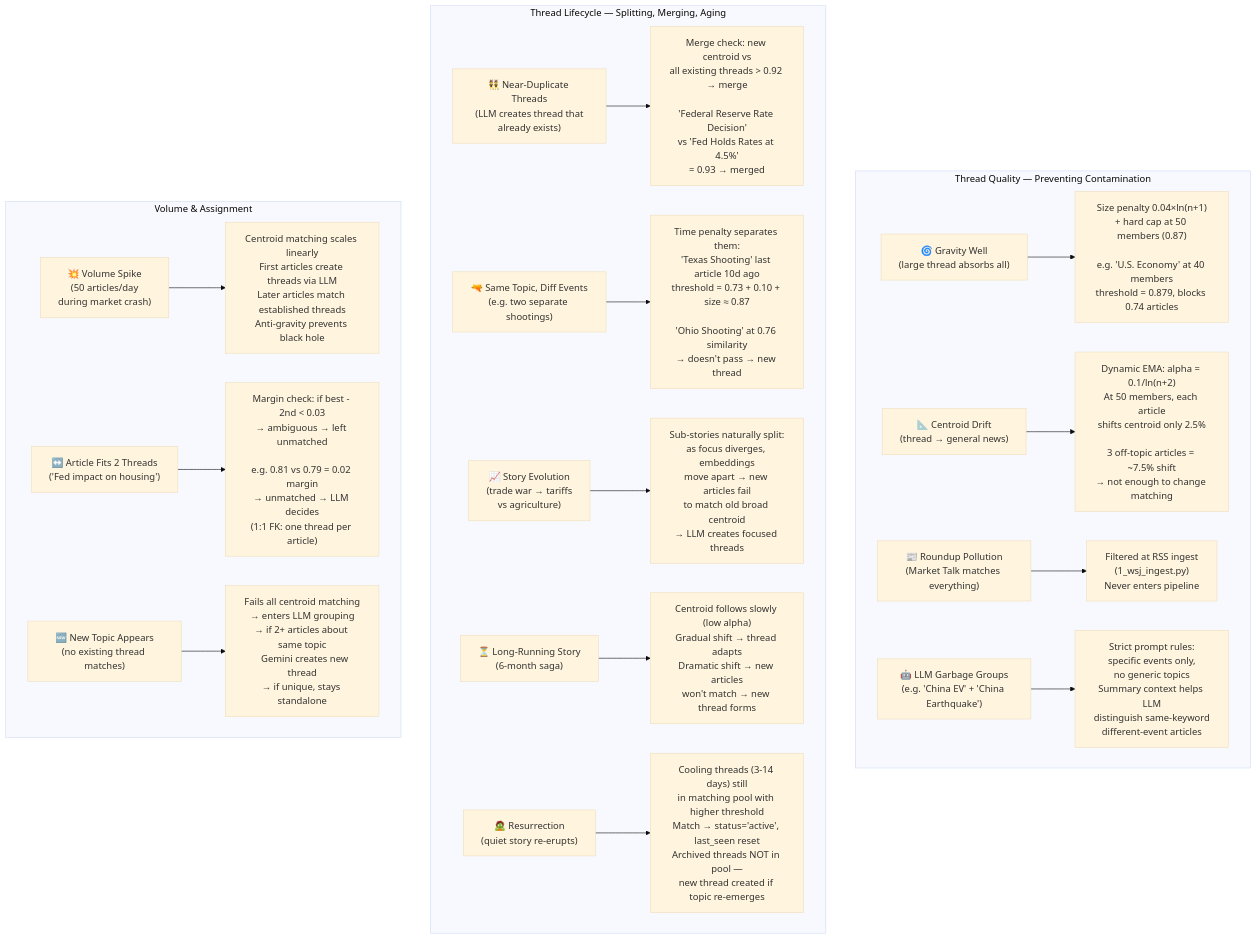
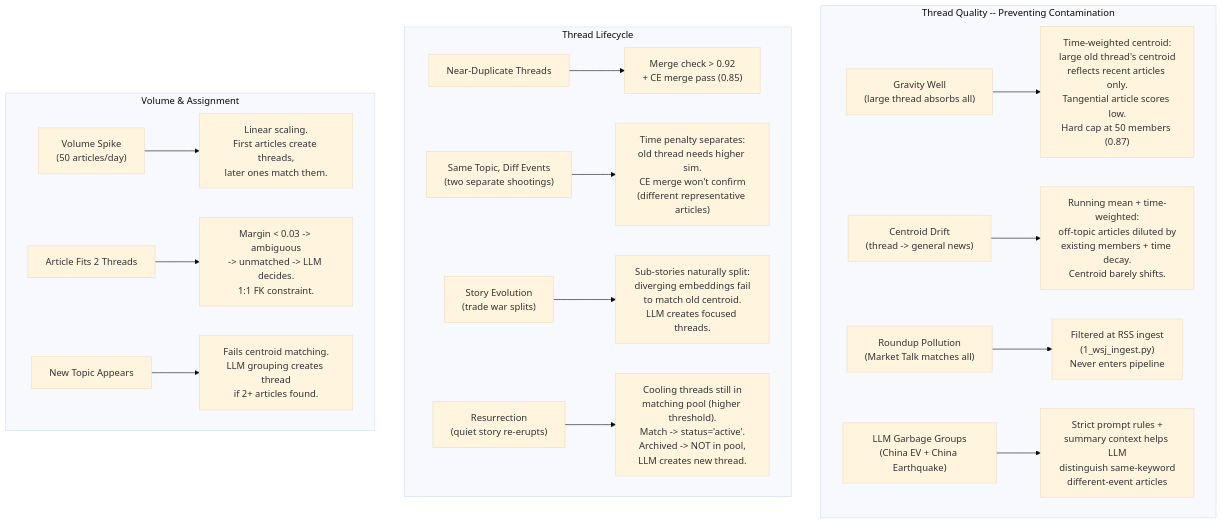
One commit to choym92/araverus changed the eighth of 10 diagrams in docs/1.2-news-threading-visual.md. Above: the diagram before and after it, drawn with Mermaid (base theme). The commit also changed other lines of this file and 40 other files, not shown here.

````diff
--- a/docs/1.2-news-threading-visual.md
+++ b/docs/1.2-news-threading-visual.md
@@ -211,47 +267,44 @@
 ```mermaid
 flowchart TD
-    subgraph QUALITY ["Thread Quality — Preventing Contamination"]
+    subgraph QUALITY ["Thread Quality -- Preventing Contamination"]
         direction LR
-        EC1["🌀 Gravity Well<br/>(large thread absorbs all)"]
-        EC1 --> S1["Size penalty 0.04×ln(n+1)<br/>+ hard cap at 50 members (0.87)<br/><br/>e.g. 'U.S. Economy' at 40 members<br/>threshold = 0.879, blocks 0.74 articles"]
+        EC1["Gravity Well<br/>(large thread absorbs all)"]
+        EC1 --> S1["Time-weighted centroid:<br/>large old thread's centroid<br/>reflects recent articles only.<br/>Tangential article scores low.<br/>Hard cap at 50 members (0.87)"]
 
-        EC2["📐 Centroid Drift<br/>(thread → general news)"]
-        EC2 --> S2["Dynamic EMA: alpha = 0.1/ln(n+2)<br/>At 50 members, each article<br/>shifts centroid only 2.5%<br/><br/>3 off-topic articles = ~7.5% shift<br/>→ not enough to change matching"]
+        EC2["Centroid Drift<br/>(thread -> general news)"]
+        EC2 --> S2["Running mean + time-weighted:<br/>off-topic articles diluted by<br/>existing members + time decay.<br/>Centroid barely shifts."]
 
-        EC3["📰 Roundup Pollution<br/>(Market Talk matches everything)"]
+        EC3["Roundup Pollution<br/>(Market Talk matches all)"]
         EC3 --> S3["Filtered at RSS ingest<br/>(1_wsj_ingest.py)<br/>Never enters pipeline"]
 
-        EC4["🤖 LLM Garbage Groups<br/>(e.g. 'China EV' + 'China Earthquake')"]
-        EC4 --> S4["Strict prompt rules:<br/>specific events only,<br/>no generic topics<br/>Summary context helps LLM<br/>distinguish same-keyword<br/>different-event articles"]
+        EC4["LLM Garbage Groups<br/>(China EV + China Earthquake)"]
+        EC4 --> S4["Strict prompt rules +<br/>summary context helps LLM<br/>distinguish same-keyword<br/>different-event articles"]
     end
 
-    subgraph LIFECYCLE ["Thread Lifecycle — Splitting, Merging, Aging"]
+    subgraph LIFECYCLE ["Thread Lifecycle"]
         direction LR
-        EC5["👯 Near-Duplicate Threads<br/>(LLM creates thread that<br/>already exists)"]
-        EC5 --> S5["Merge check: new centroid vs<br/>all existing threads > 0.92 → merge<br/><br/>'Federal Reserve Rate Decision'<br/>vs 'Fed Holds Rates at 4.5%'<br/>= 0.93 → merged"]
+        EC5["Near-Duplicate Threads"]
+        EC5 --> S5["Merge check > 0.92<br/>+ CE merge pass (0.85)"]
 
-        EC6["🔫 Same Topic, Diff Events<br/>(e.g. two separate shootings)"]
-        EC6 --> S6["Time penalty separates them:<br/>'Texas Shooting' last article 10d ago<br/>threshold = 0.73 + 0.10 + size ≈ 0.87<br/><br/>'Ohio Shooting' at 0.76 similarity<br/>→ doesn't pass → new thread"]
+        EC6["Same Topic, Diff Events<br/>(two separate shootings)"]
+        EC6 --> S6["Time penalty separates:<br/>old thread needs higher sim.<br/>CE merge won't confirm<br/>(different representative articles)"]
 
-        EC7["📈 Story Evolution<br/>(trade war → tariffs<br/>vs agriculture)"]
-        EC7 --> S7["Sub-stories naturally split:<br/>as focus diverges, embeddings<br/>move apart → new articles fail<br/>to match old broad centroid<br/>→ LLM creates focused threads"]
+        EC7["Story Evolution<br/>(trade war splits)"]
+        EC7 --> S7["Sub-stories naturally split:<br/>diverging embeddings fail<br/>to match old centroid.<br/>LLM creates focused threads."]
 
-        EC8["⏳ Long-Running Story<br/>(6-month saga)"]
-        EC8 --> S8["Centroid follows slowly (low alpha)<br/>Gradual shift → thread adapts<br/>Dramatic shift → new articles<br/>won't match → new thread forms"]
-
-        EC9["🧟 Resurrection<br/>(quiet story re-erupts)"]
-        EC9 --> S9["Cooling threads (3-14 days) still<br/>in matching pool with higher threshold<br/>Match → status='active', last_seen reset<br/>Archived threads NOT in pool —<br/>new thread created if topic re-emerges"]
+        EC8["Resurrection<br/>(quiet story re-erupts)"]
+        EC8 --> S8["Cooling threads still in<br/>matching pool (higher threshold).<br/>Match -> status='active'.<br/>Archived -> NOT in pool,<br/>LLM creates new thread."]
     end
 
     subgraph VOLUME ["Volume & Assignment"]
         direction LR
-        EC10["💥 Volume Spike<br/>(50 articles/day<br/>during market crash)"]
-        EC10 --> S10["Centroid matching scales linearly<br/>First articles create threads via LLM<br/>Later articles match established threads<br/>Anti-gravity prevents black hole"]
+        EC9["Volume Spike<br/>(50 articles/day)"]
+        EC9 --> S9["Linear scaling.<br/>First articles create threads,<br/>later ones match them."]
 
-        EC11["↔️ Article Fits 2 Threads<br/>('Fed impact on housing')"]
-        EC11 --> S11["Margin check: if best - 2nd < 0.03<br/>→ ambiguous → left unmatched<br/><br/>e.g. 0.81 vs 0.79 = 0.02 margin<br/>→ unmatched → LLM decides<br/>(1:1 FK: one thread per article)"]
+        EC10["Article Fits 2 Threads"]
+        EC10 --> S10["Margin < 0.03 -> ambiguous<br/>-> unmatched -> LLM decides.<br/>1:1 FK constraint."]
 
-        EC12["🆕 New Topic Appears<br/>(no existing thread matches)"]
-        EC12 --> S12["Fails all centroid matching<br/>→ enters LLM grouping<br/>→ if 2+ articles about same topic<br/>   Gemini creates new thread<br/>→ if unique, stays standalone"]
+        EC11["New Topic Appears"]
+        EC11 --> S11["Fails centroid matching.<br/>LLM grouping creates thread<br/>if 2+ articles found."]
     end
 ```
````
